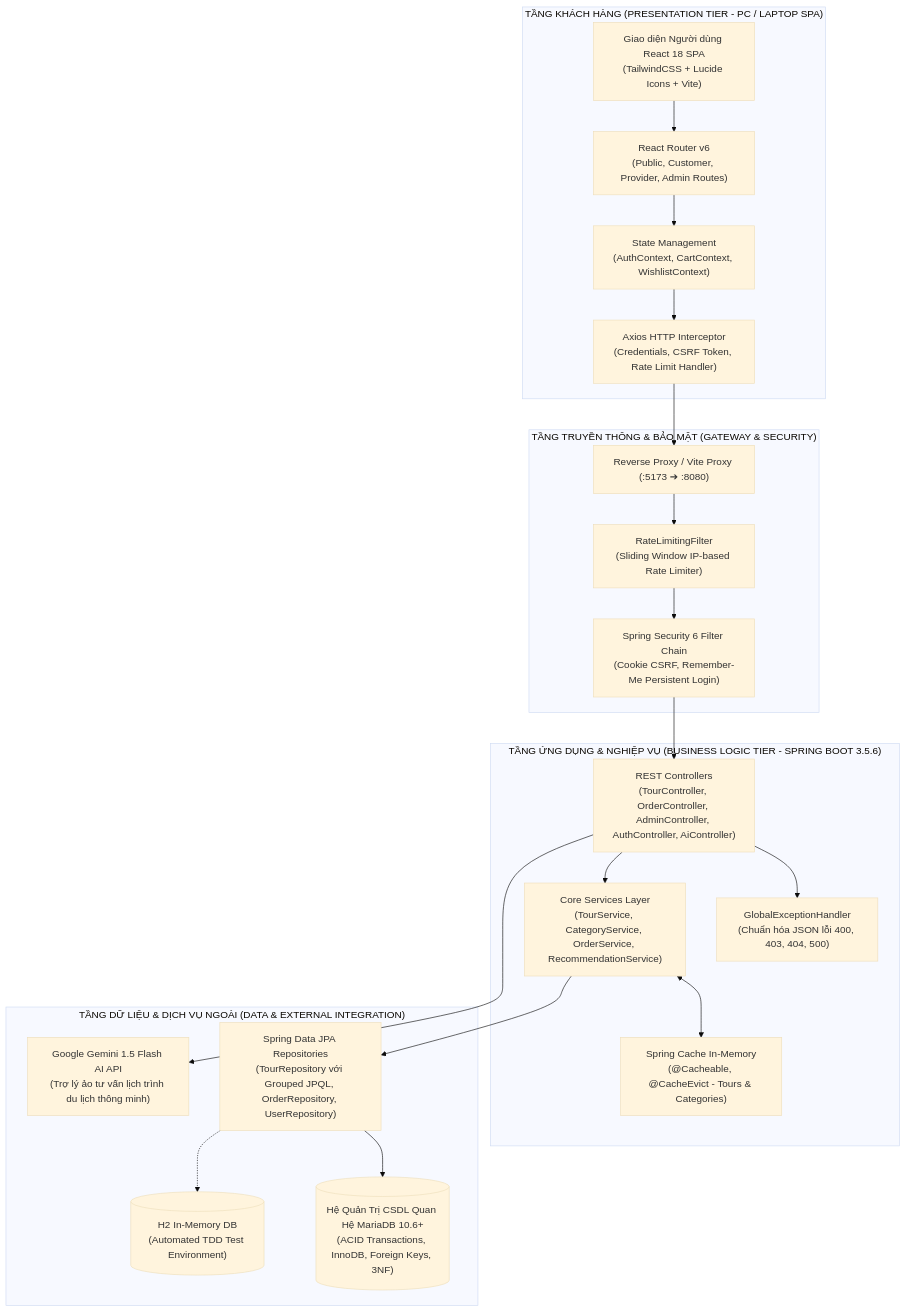
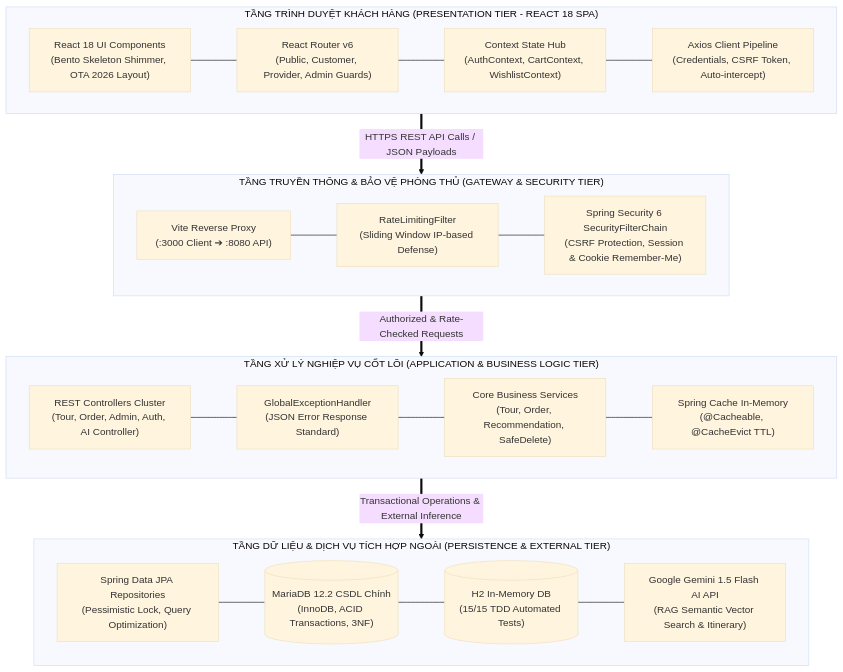
Before and after one commit to DaMilos35/JavaWWW_Nhom5_TourBooking: the second of 7 diagrams in docs/DACTAC_KIENTRUC_VA_CHUNANG.md, drawn with Mermaid (base theme). The commit also changed other lines of this file and 16 other files, not shown here.

Commit message:
feat(ui-ux-pro-max): Toi uu toan dien giao dien Traveloka 2026, tich hop Contextual AI (Itinerary Tailor & Review Summarizer), Bento Skeleton Shimmer, chuan hoa so do kien truc & use case khong de canh va cap nhat bao cao cuoi ky

````diff
--- a/docs/DACTAC_KIENTRUC_VA_CHUNANG.md
+++ b/docs/DACTAC_KIENTRUC_VA_CHUNANG.md
@@ -172,40 +198,46 @@
 ```mermaid
-flowchart TB
-    subgraph ClientLayer["TẦNG KHÁCH HÀNG (PRESENTATION TIER - PC / LAPTOP SPA)"]
-        UI["Giao diện Người dùng React 18 SPA<br/>(TailwindCSS + Lucide Icons + Vite)"]
-        Router["React Router v6<br/>(Public, Customer, Provider, Admin Routes)"]
-        Axios["Axios HTTP Interceptor<br/>(Credentials, CSRF Token, Rate Limit Handler)"]
-        State["State Management<br/>(AuthContext, CartContext, WishlistContext)"]
+flowchart TD
+    %% Tầng 1: Client
+    subgraph Tier1["TẦNG TRÌNH DUYỆT KHÁCH HÀNG (PRESENTATION TIER - REACT 18 SPA)"]
+        direction LR
+        UI_Comp["React 18 UI Components<br/>(Bento Skeleton Shimmer, OTA 2026 Layout)"]
+        UI_Router["React Router v6<br/>(Public, Customer, Provider, Admin Guards)"]
+        UI_State["Context State Hub<br/>(AuthContext, CartContext, WishlistContext)"]
+        UI_Axios["Axios Client Pipeline<br/>(Credentials, CSRF Token, Auto-intercept)"]
+        UI_Comp --- UI_Router --- UI_State --- UI_Axios
     end
 
-    subgraph GatewayLayer["TẦNG TRUYỀN THÔNG & BẢO MẬT (GATEWAY & SECURITY)"]
-        Proxy["Reverse Proxy / Vite Proxy (:5173 ➔ :8080)"]
-        RateLimit["RateLimitingFilter<br/>(Sliding Window IP-based Rate Limiter)"]
-        SecFilterChain["Spring Security 6 Filter Chain<br/>(Cookie CSRF, Remember-Me Persistent Login)"]
+    %% Tầng 2: Gateway & Security
+    subgraph Tier2["TẦNG TRUYỀN THÔNG & BẢO VỆ PHÒNG THỦ (GATEWAY & SECURITY TIER)"]
+        direction LR
+        GW_Proxy["Vite Reverse Proxy<br/>(:3000 Client ➔ :8080 API)"]
+        GW_RateLimit["RateLimitingFilter<br/>(Sliding Window IP-based Defense)"]
+        GW_Security["Spring Security 6 SecurityFilterChain<br/>(CSRF Protection, Session & Cookie Remember-Me)"]
+        GW_Proxy --- GW_RateLimit --- GW_Security
     end
 
-    subgraph ServiceLayer["TẦNG ỨNG DỤNG & NGHIỆP VỤ (BUSINESS LOGIC TIER - SPRING BOOT 3.5.6)"]
-        Controllers["REST Controllers<br/>(TourController, OrderController, AdminController, AuthController, AiController)"]
-        GlobalEx["GlobalExceptionHandler<br/>(Chuẩn hóa JSON lỗi 400, 403, 404, 500)"]
-        Services["Core Services Layer<br/>(TourService, CategoryService, OrderService, RecommendationService)"]
-        Cache["Spring Cache In-Memory<br/>(@Cacheable, @CacheEvict - Tours & Categories)"]
+    %% Tầng 3: Business Logic
+    subgraph Tier3["TẦNG XỬ LÝ NGHIỆP VỤ CỐT LÕI (APPLICATION & BUSINESS LOGIC TIER)"]
+        direction LR
+        BL_REST["REST Controllers Cluster<br/>(Tour, Order, Admin, Auth, AI Controller)"]
+        BL_Exception["GlobalExceptionHandler<br/>(JSON Error Response Standard)"]
+        BL_Services["Core Business Services<br/>(Tour, Order, Recommendation, SafeDelete)"]
+        BL_Cache["Spring Cache In-Memory<br/>(@Cacheable, @CacheEvict TTL)"]
+        BL_REST --- BL_Exception --- BL_Services --- BL_Cache
     end
 
-    subgraph DataLayer["TẦNG DỮ LIỆU & DỊCH VỤ NGOÀI (DATA & EXTERNAL INTEGRATION)"]
-        Repos["Spring Data JPA Repositories<br/>(TourRepository với Grouped JPQL, OrderRepository, UserRepository)"]
-        MariaDB[("Hệ Quản Trị CSDL Quan Hệ MariaDB 10.6+<br/>(ACID Transactions, InnoDB, Foreign Keys, 3NF)")]
-        H2[("H2 In-Memory DB<br/>(Automated TDD Test Environment)")]
-        GeminiAPI["Google Gemini 1.5 Flash AI API<br/>(Trợ lý ảo tư vấn lịch trình du lịch thông minh)"]
+    %% Tầng 4: Data & External
+    subgraph Tier4["TẦNG DỮ LIỆU & DỊCH VỤ TÍCH HỢP NGOÀI (PERSISTENCE & EXTERNAL TIER)"]
+        direction LR
+        DB_JPA["Spring Data JPA Repositories<br/>(Pessimistic Lock, Query Optimization)"]
+        DB_RDBMS[("MariaDB 12.2 CSDL Chính<br/>(InnoDB, ACID Transactions, 3NF)")]
+        DB_Test[("H2 In-Memory DB<br/>(15/15 TDD Automated Tests)")]
+        EXT_AI["Google Gemini 1.5 Flash AI API<br/>(RAG Semantic Vector Search & Itinerary)"]
+        DB_JPA --- DB_RDBMS --- DB_Test --- EXT_AI
     end
 
-    UI --> Router --> State --> Axios
-    Axios --> Proxy --> RateLimit --> SecFilterChain
-    SecFilterChain --> Controllers
-    Controllers --> GlobalEx
-    Controllers --> Services
-    Services <--> Cache
-    Services --> Repos
-    Repos --> MariaDB
-    Repos -.-> H2
-    Controllers --> GeminiAPI
+    %% Liên kết liên tầng trực giao, tuyệt đối không đè cạnh
+    Tier1 ==>|HTTPS REST API Calls / JSON Payloads| Tier2
+    Tier2 ==>|Authorized & Rate-Checked Requests| Tier3
+    Tier3 ==>|Transactional Operations & External Inference| Tier4
 ```
````
